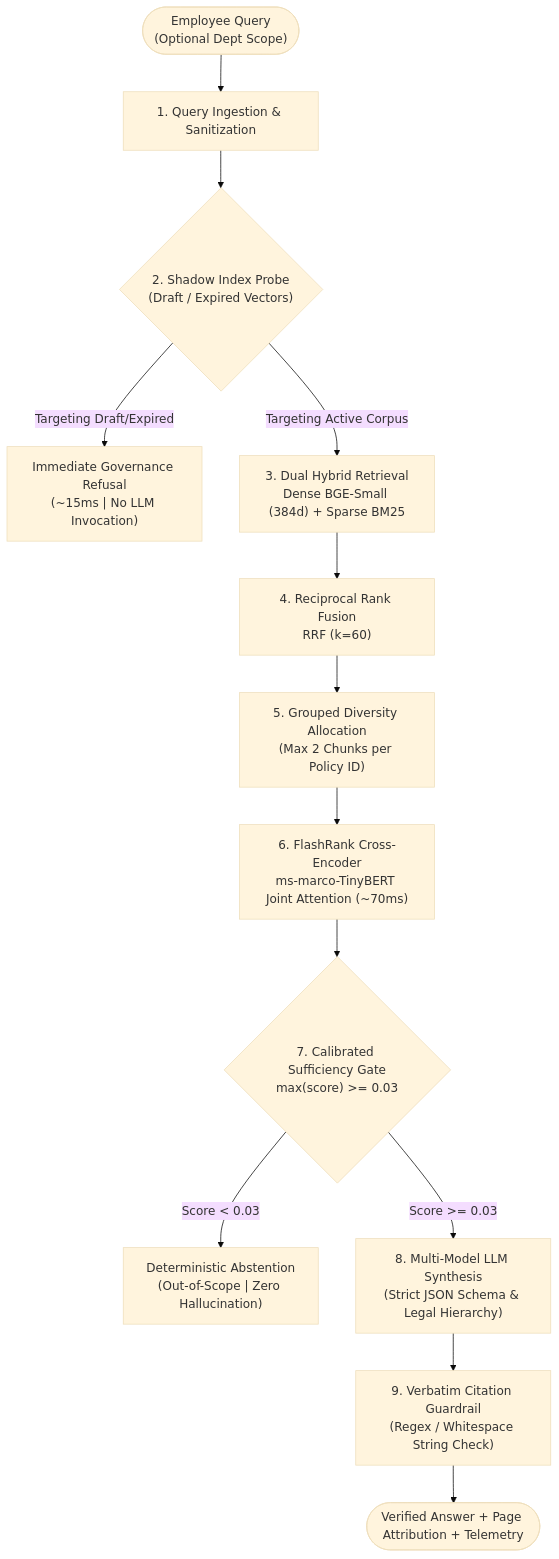
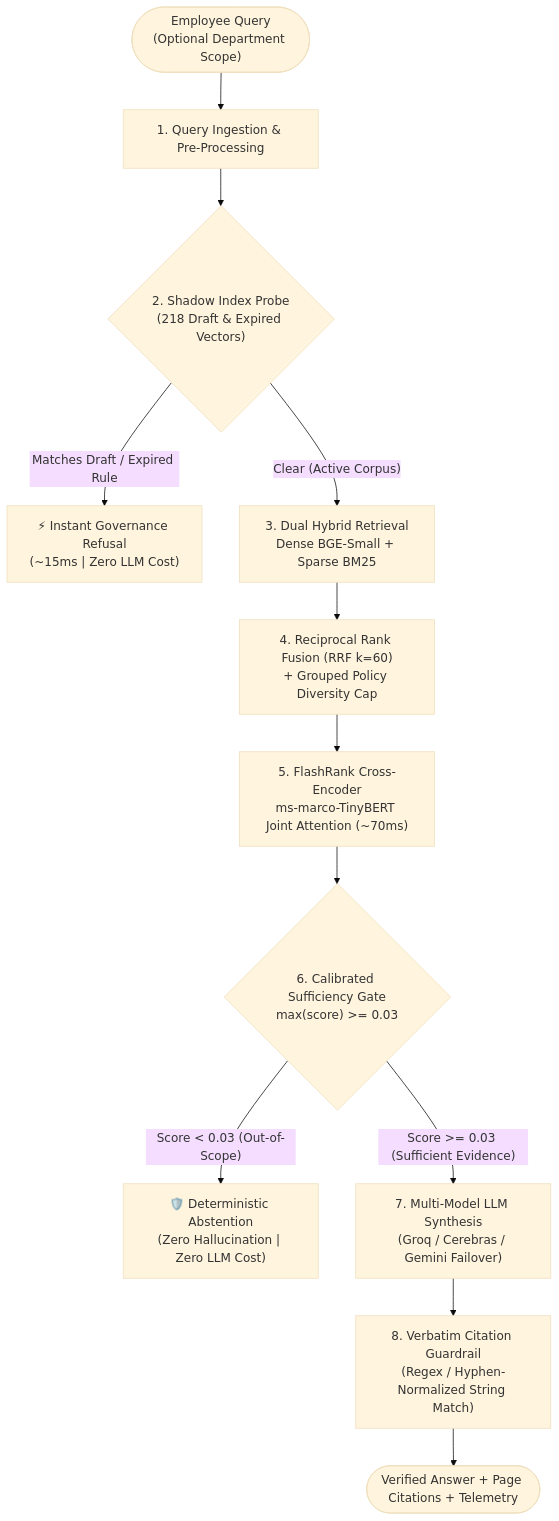
One commit to Jaydeep0832/Policy-AI changed the first of 2 diagrams in README.md. Above: the diagram before and after it, drawn with Mermaid (base theme). The commit also changed other lines of this file and 2 other files, not shown here.

````diff
--- a/README.md
+++ b/README.md
@@ -76,19 +33,18 @@
 ```mermaid
 flowchart TD
-    UserQuery(["Employee Query\n(Optional Dept Scope)"]) --> Stage1["1. Query Ingestion & Sanitization"]
-    Stage1 --> Stage2{"2. Shadow Index Probe\n(Draft / Expired Vectors)"}
+    UserQuery(["Employee Query\n(Optional Department Scope)"]) --> Ingestion["1. Query Ingestion & Pre-Processing"]
+    Ingestion --> ShadowProbe{"2. Shadow Index Probe\n(218 Draft & Expired Vectors)"}
     
-    Stage2 -- "Targeting Draft/Expired" --> Refusal["Immediate Governance Refusal\n(~15ms | No LLM Invocation)"]
-    Stage2 -- "Targeting Active Corpus" --> Stage3["3. Dual Hybrid Retrieval\nDense BGE-Small (384d) + Sparse BM25"]
+    ShadowProbe -- "Matches Draft / Expired Rule" --> Refuse["⚡ Instant Governance Refusal\n(~15ms | Zero LLM Cost)"]
+    ShadowProbe -- "Clear (Active Corpus)" --> HybridRet["3. Dual Hybrid Retrieval\nDense BGE-Small + Sparse BM25"]
     
-    Stage3 --> Stage4["4. Reciprocal Rank Fusion\nRRF (k=60)"]
-    Stage4 --> Stage5["5. Grouped Diversity Allocation\n(Max 2 Chunks per Policy ID)"]
-    Stage5 --> Stage6["6. FlashRank Cross-Encoder\nms-marco-TinyBERT Joint Attention (~70ms)"]
+    HybridRet --> RRF["4. Reciprocal Rank Fusion (RRF k=60)\n+ Grouped Policy Diversity Cap"]
+    RRF --> CrossEncoder["5. FlashRank Cross-Encoder\nms-marco-TinyBERT Joint Attention (~70ms)"]
     
-    Stage6 --> Stage7{"7. Calibrated Sufficiency Gate\nmax(score) >= 0.03"}
-    Stage7 -- "Score < 0.03" --> Abstain["Deterministic Abstention\n(Out-of-Scope | Zero Hallucination)"]
+    CrossEncoder --> SufficiencyGate{"6. Calibrated Sufficiency Gate\nmax(score) >= 0.03"}
+    SufficiencyGate -- "Score < 0.03 (Out-of-Scope)" --> Abstain["🛡️ Deterministic Abstention\n(Zero Hallucination | Zero LLM Cost)"]
     
-    Stage7 -- "Score >= 0.03" --> Stage8["8. Multi-Model LLM Synthesis\n(Strict JSON Schema & Legal Hierarchy)"]
-    Stage8 --> Stage9["9. Verbatim Citation Guardrail\n(Regex / Whitespace String Check)"]
-    Stage9 --> FinalResp(["Verified Answer + Page Attribution + Telemetry"])
+    SufficiencyGate -- "Score >= 0.03 (Sufficient Evidence)" --> LLMGen["7. Multi-Model LLM Synthesis\n(Groq / Cerebras / Gemini Failover)"]
+    LLMGen --> Verifier["8. Verbatim Citation Guardrail\n(Regex / Hyphen-Normalized String Match)"]
+    Verifier --> Output(["Verified Answer + Page Citations + Telemetry"])
 ```
````
